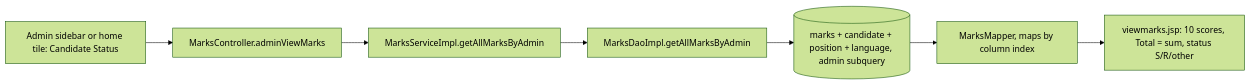
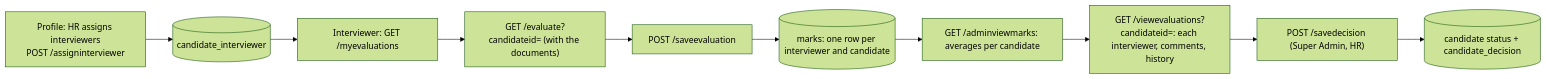
One commit to rafitsabbir/RMS changed the diagram in docs/business-flows/evaluation.md. Above: the diagram before and after it, drawn with Mermaid (forest theme). The commit also changed other lines of this file and 85 other files, not shown here.

````diff
--- a/docs/business-flows/evaluation.md
+++ b/docs/business-flows/evaluation.md
@@ -9,9 +9,12 @@
 ```mermaid
 flowchart LR
-  A["Admin sidebar or home tile: Candidate Status"] --> B[MarksController.adminViewMarks]
-  B --> C[MarksServiceImpl.getAllMarksByAdmin]
-  C --> D[MarksDaoImpl.getAllMarksByAdmin]
-  D --> E[("marks + candidate + position + language, admin subquery")]
-  E --> F["MarksMapper, maps by column index"]
-  F --> G["viewmarks.jsp: 10 scores, Total = sum, status S/R/other"]
+  P["Profile: HR assigns interviewers<br/>POST /assigninterviewer"] --> A[("candidate_interviewer")]
+  A --> M["Interviewer: GET /myevaluations"]
+  M --> E["GET /evaluate?candidateid= (with the documents)"]
+  E --> S["POST /saveevaluation"]
+  S --> K[("marks: one row per interviewer and candidate")]
+  K --> C["GET /adminviewmarks: averages per candidate"]
+  C --> V["GET /viewevaluations?candidateid=: each interviewer, comments, history"]
+  V --> D["POST /savedecision (Super Admin, HR)"]
+  D --> X[("candidate status + candidate_decision")]
 ```
````
